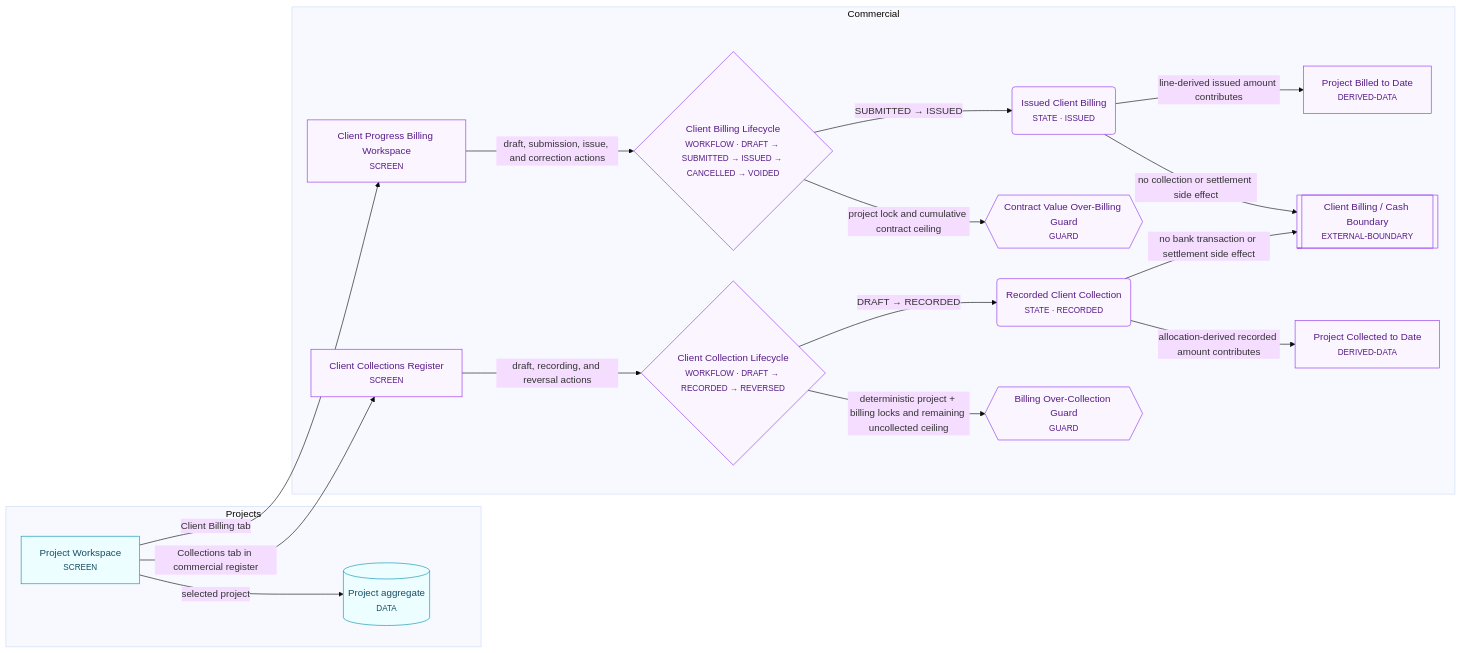
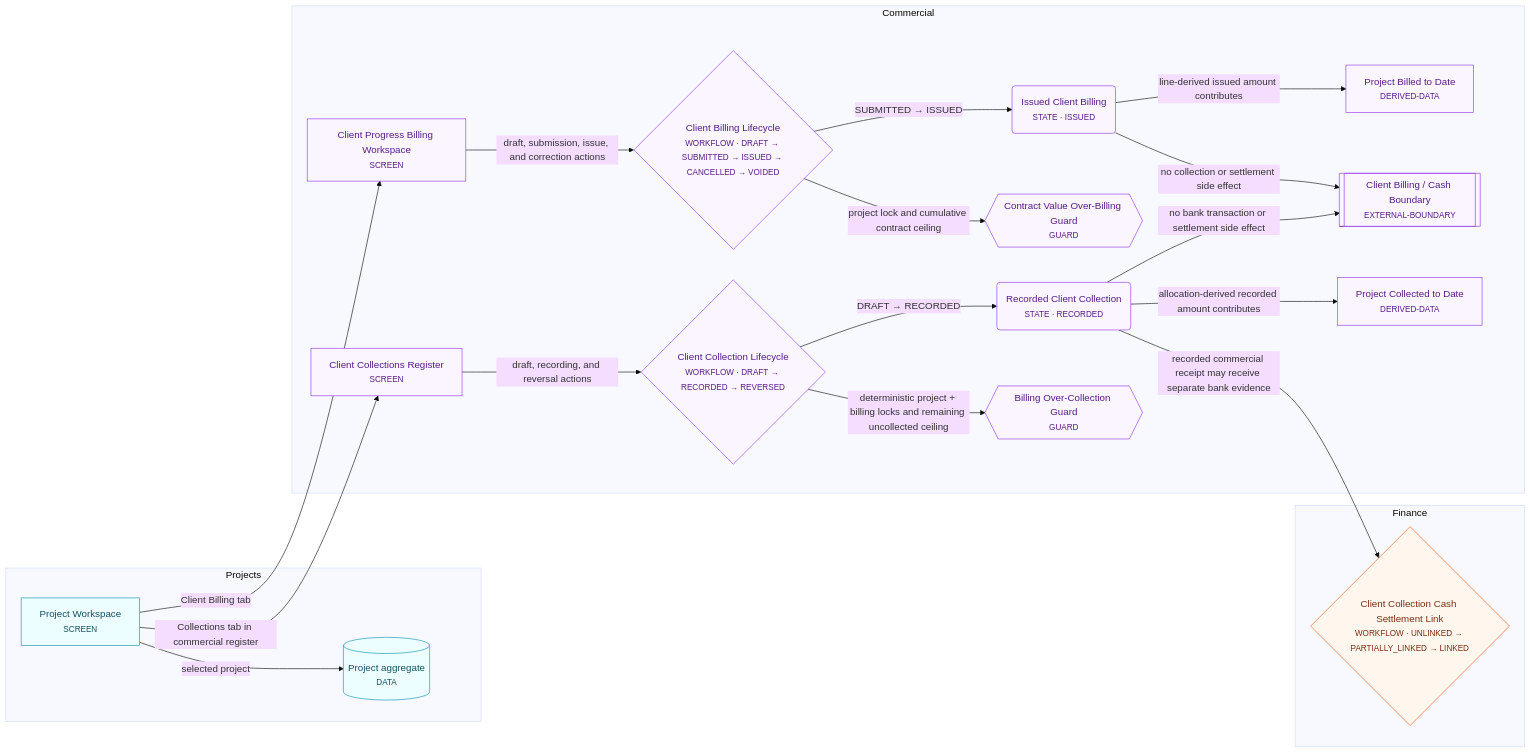
The third of 6 diagrams in docs/architecture/APP_WORKFLOW_MAP.md (Juvialski/InvoiceApp), drawn with Mermaid (base theme) before and after one commit. The commit also changed other lines of this file and 28 other files, not shown here.

Commit message:
feat: P2B-6 client collection cash settlement linkage

````diff
--- a/docs/architecture/APP_WORKFLOW_MAP.md
+++ b/docs/architecture/APP_WORKFLOW_MAP.md
@@ -451,55 +456,60 @@
 ```mermaid
 flowchart LR
   subgraph g_projects["Projects"]
     n_project_workspace["Project Workspace<br/><small>SCREEN</small>"]
     n_project_aggregate[("Project aggregate<br/><small>DATA</small>")]
   end
   subgraph g_commercial["Commercial"]
     n_client_billing_workspace["Client Progress Billing Workspace<br/><small>SCREEN</small>"]
     n_client_billing_lifecycle{"Client Billing Lifecycle<br/><small>WORKFLOW · DRAFT → SUBMITTED → ISSUED → CANCELLED → VOIDED</small>"}
     n_client_billing_issued("Issued Client Billing<br/><small>STATE · ISSUED</small>")
     n_project_billed_to_date["Project Billed to Date<br/><small>DERIVED-DATA</small>"]
     n_client_billing_overbilling_guard{{"Contract Value Over-Billing Guard<br/><small>GUARD</small>"}}
     n_client_billing_cash_boundary[["Client Billing / Cash Boundary<br/><small>EXTERNAL-BOUNDARY</small>"]]
     n_client_collection_workspace["Client Collections Register<br/><small>SCREEN</small>"]
     n_client_collection_lifecycle{"Client Collection Lifecycle<br/><small>WORKFLOW · DRAFT → RECORDED → REVERSED</small>"}
     n_client_collection_recorded("Recorded Client Collection<br/><small>STATE · RECORDED</small>")
     n_project_collected_to_date["Project Collected to Date<br/><small>DERIVED-DATA</small>"]
     n_client_collection_overcollection_guard{{"Billing Over-Collection Guard<br/><small>GUARD</small>"}}
   end
+  subgraph g_finance["Finance"]
+    n_client_collection_cash_settlement_link{"Client Collection Cash Settlement Link<br/><small>WORKFLOW · UNLINKED → PARTIALLY_LINKED → LINKED</small>"}
+  end
   n_project_workspace -->|selected project| n_project_aggregate
   n_project_workspace -->|Client Billing tab| n_client_billing_workspace
   n_client_billing_workspace -->|draft, submission, issue, and correction actions| n_client_billing_lifecycle
   n_client_billing_lifecycle -->|SUBMITTED → ISSUED| n_client_billing_issued
   n_client_billing_issued -->|line-derived issued amount contributes| n_project_billed_to_date
   n_client_billing_lifecycle -->|project lock and cumulative contract ceiling| n_client_billing_overbilling_guard
   n_client_billing_issued -->|no collection or settlement side effect| n_client_billing_cash_boundary
   n_project_workspace -->|Collections tab in commercial register| n_client_collection_workspace
   n_client_collection_workspace -->|draft, recording, and reversal actions| n_client_collection_lifecycle
   n_client_collection_lifecycle -->|DRAFT → RECORDED| n_client_collection_recorded
   n_client_collection_recorded -->|allocation-derived recorded amount contributes| n_project_collected_to_date
   n_client_collection_lifecycle -->|deterministic project + billing locks and remaining uncollected ceiling| n_client_collection_overcollection_guard
   n_client_collection_recorded -->|no bank transaction or settlement side effect| n_client_billing_cash_boundary
+  n_client_collection_recorded -->|recorded commercial receipt may receive separate bank evidence| n_client_collection_cash_settlement_link
   classDef platformTenancy fill:#eef2ff,stroke:#4f46e5,color:#1e1b4b;
   classDef dashboard fill:#f1f5f9,stroke:#475569,color:#0f172a;
   classDef projects fill:#ecfeff,stroke:#0891b2,color:#164e63;
   classDef engineering fill:#f0fdf4,stroke:#16a34a,color:#14532d;
   classDef finance fill:#fff7ed,stroke:#ea580c,color:#7c2d12;
   classDef workforce fill:#fdf4ff,stroke:#c026d3,color:#701a75;
   classDef reporting fill:#fefce8,stroke:#ca8a04,color:#713f12;
   classDef assistant fill:#fdf2f8,stroke:#db2777,color:#831843;
   classDef commercial fill:#faf5ff,stroke:#9333ea,color:#581c87;
   class n_project_workspace projects
   class n_project_aggregate projects
   class n_client_billing_workspace commercial
   class n_client_billing_lifecycle commercial
   class n_client_billing_issued commercial
   class n_project_billed_to_date commercial
   class n_client_billing_overbilling_guard commercial
   class n_client_billing_cash_boundary commercial
   class n_client_collection_workspace commercial
   class n_client_collection_lifecycle commercial
   class n_client_collection_recorded commercial
   class n_project_collected_to_date commercial
   class n_client_collection_overcollection_guard commercial
+  class n_client_collection_cash_settlement_link finance
 ```
````
